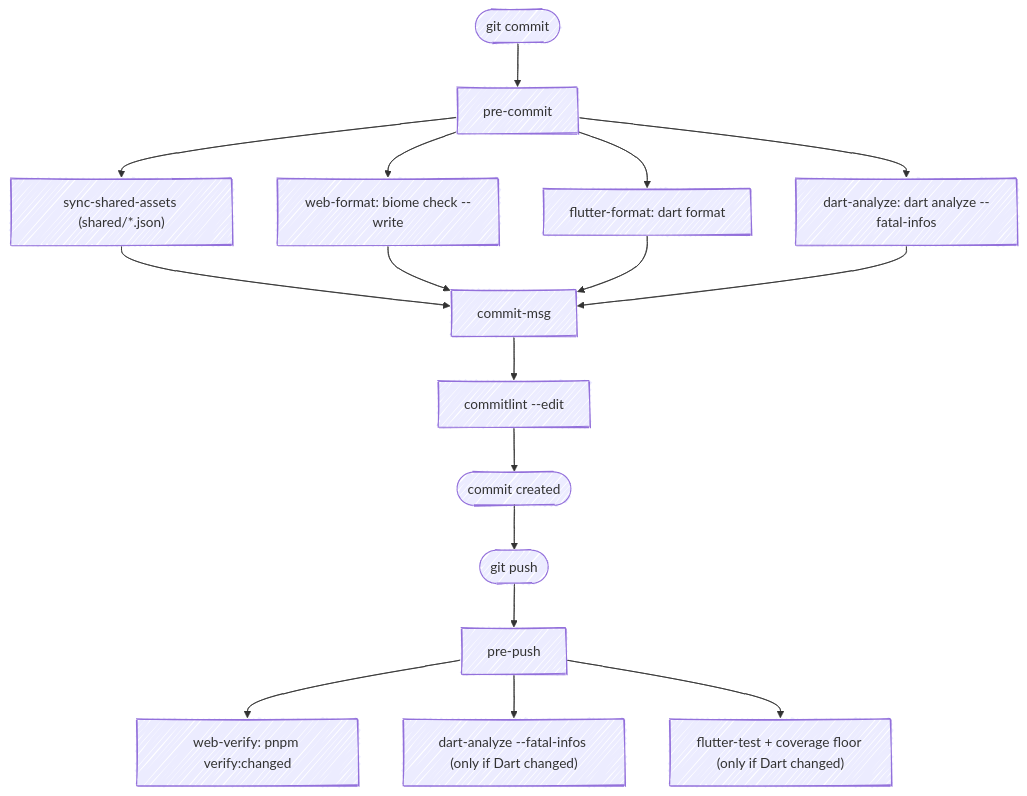
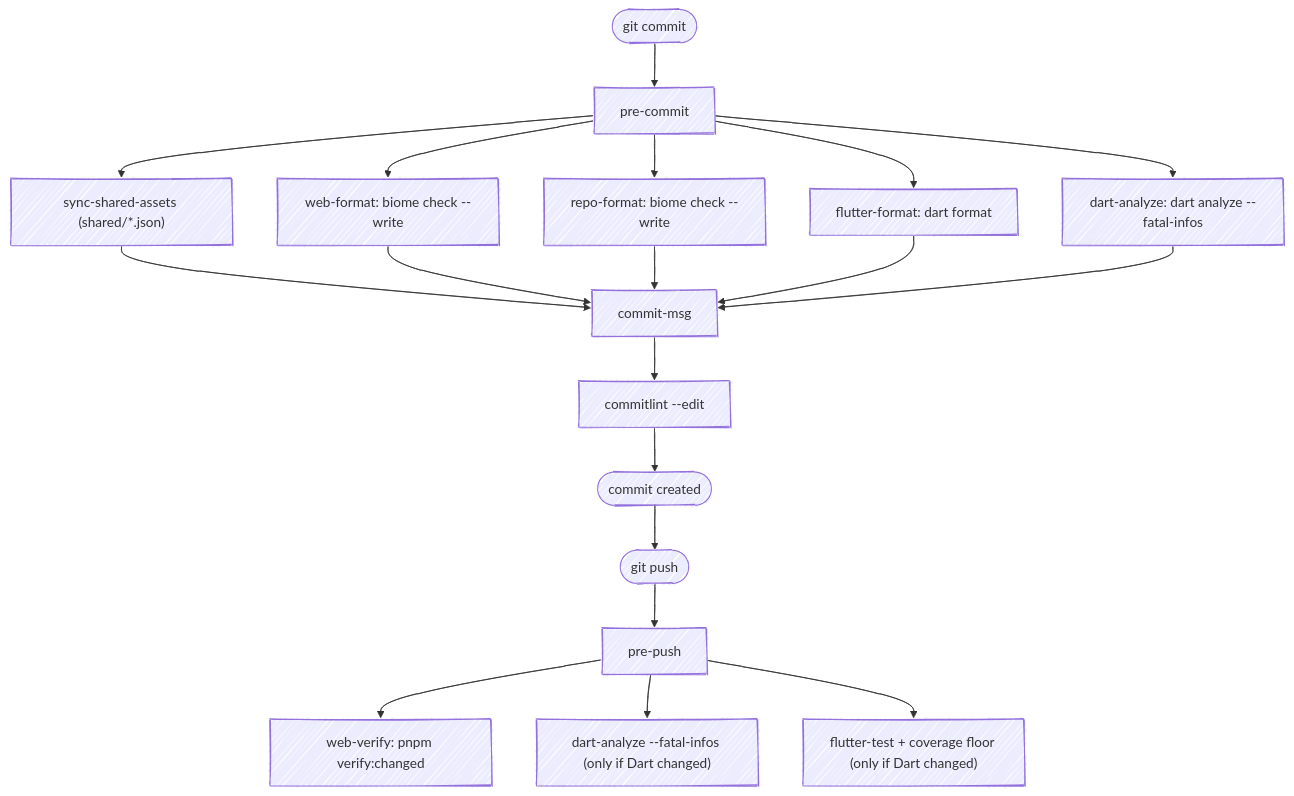
The diagram in docs/wiki/Git-Hooks.md (fbuireu/contribKit), drawn with Mermaid before and after one commit. The commit also changed other lines of this file and 1 other file, not shown here.

First line of the commit message:
ci: format the staged files under docs, scripts and .github before a commit

````diff
--- a/docs/wiki/Git-Hooks.md
+++ b/docs/wiki/Git-Hooks.md
@@ -46,20 +50,21 @@
 ```mermaid
 ---
 config:
   look: handDrawn
   layout: dagre
 ---
 flowchart TD
     commit(["git commit"]) --> pc["pre-commit"]
     pc --> sync["sync-shared-assets (shared/*.json)"]
     pc --> webfmt["web-format: biome check --write"]
+    pc --> repofmt["repo-format: biome check --write"]
     pc --> dartfmt["flutter-format: dart format"]
     pc --> analyze["dart-analyze: dart analyze --fatal-infos"]
-    sync & webfmt & dartfmt & analyze --> cm["commit-msg"]
+    sync & webfmt & repofmt & dartfmt & analyze --> cm["commit-msg"]
     cm --> lint["commitlint --edit"]
     lint --> done(["commit created"])
     done --> push(["git push"]) --> pp["pre-push"]
     pp --> webcheck["web-verify: pnpm verify:changed"]
     pp --> dartcheck["dart-analyze --fatal-infos (only if Dart changed)"]
     pp --> fluttertest["flutter-test + coverage floor (only if Dart changed)"]
 ```
````
